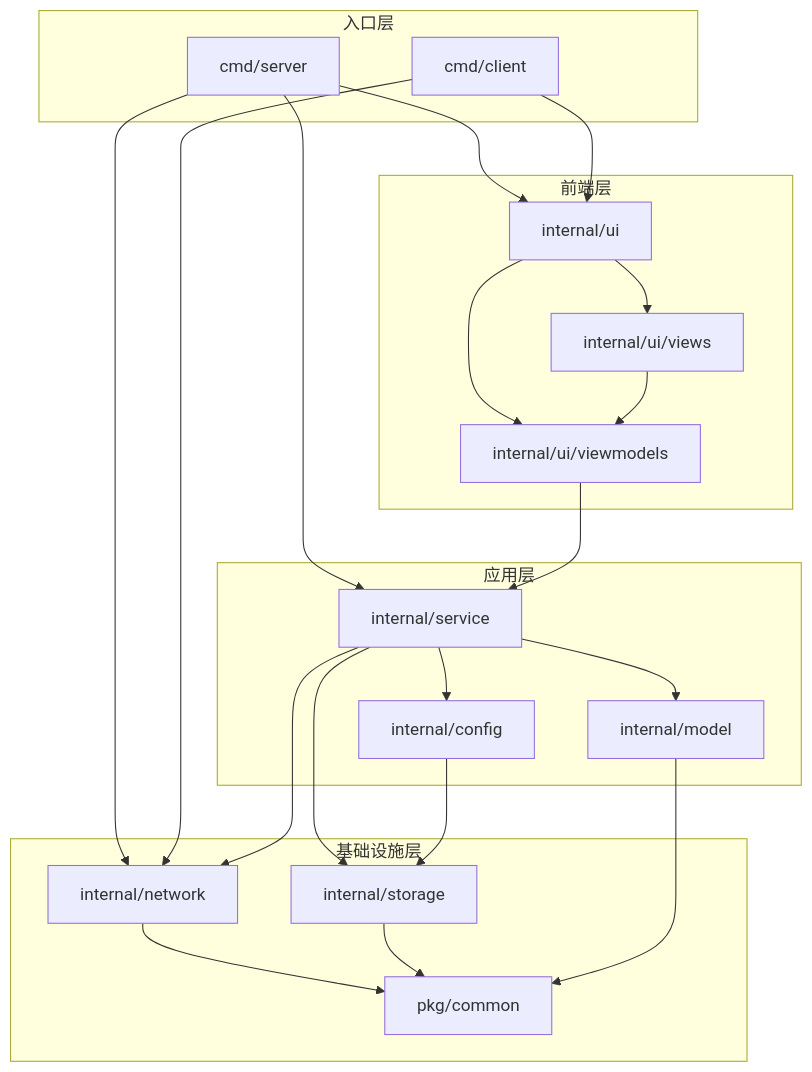
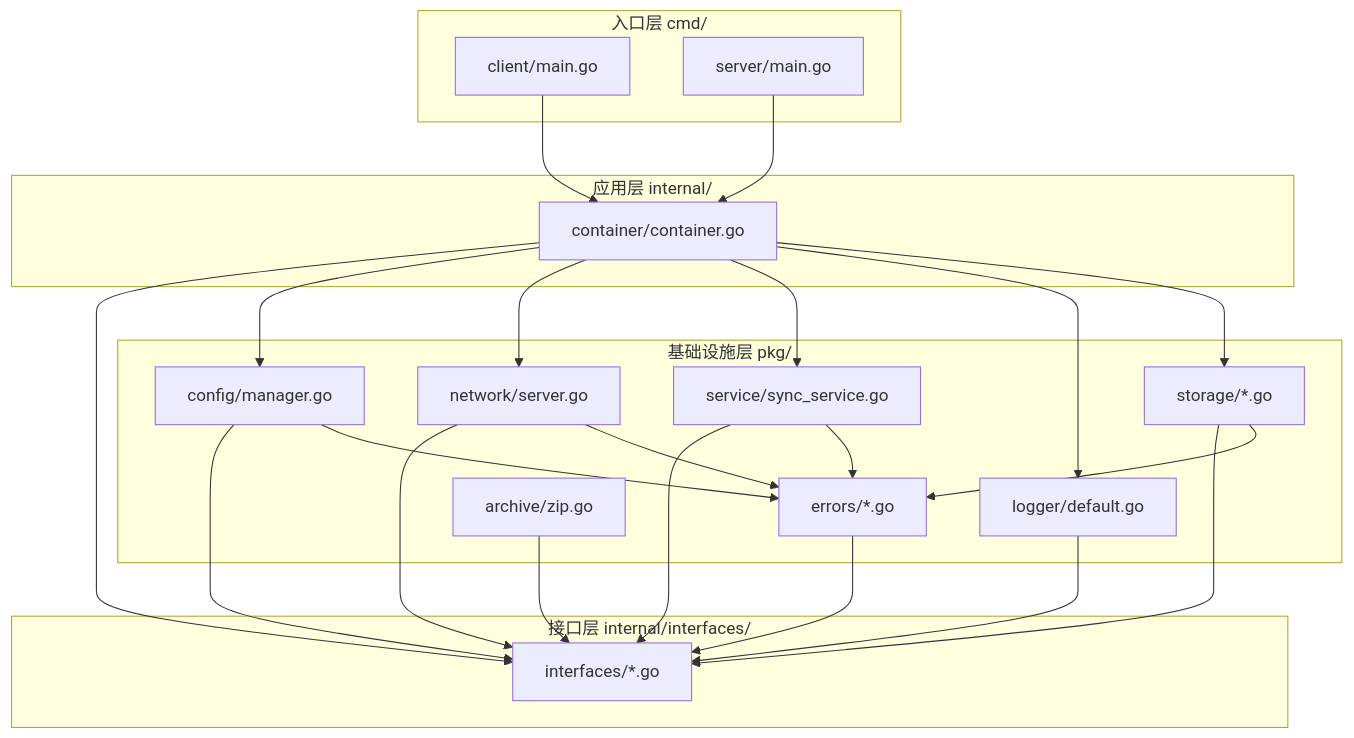
The diagram in CODEBASE.md (KlN-4096/synctools), drawn with Mermaid before and after one commit. The commit also changed other lines of this file and 35 other files, not shown here.

````diff
--- a/CODEBASE.md
+++ b/CODEBASE.md
@@ -186,43 +112,52 @@
 ```mermaid
 graph TB
-    subgraph 前端层
-        UI[internal/ui]
-        Views[internal/ui/views]
-        ViewModels[internal/ui/viewmodels]
-        UI --> Views
-        UI --> ViewModels
-        Views --> ViewModels
+    subgraph 入口层[入口层 cmd/]
+        Client[client/main.go]
+        Server[server/main.go]
     end
 
-    subgraph 应用层
-        Service[internal/service]
-        Config[internal/config]
-        Model[internal/model]
-        Service --> Config
-        Service --> Model
+    subgraph 应用层[应用层 internal/]
+        Container[container/container.go]
     end
 
-    subgraph 基础设施层
-        Network[internal/network]
-        Storage[internal/storage]
-        Common[pkg/common]
-        Network --> Common
-        Storage --> Common
+    subgraph 接口层[接口层 internal/interfaces/]
+        Interfaces[interfaces/*.go]
     end
 
-    subgraph 入口层
-        Server[cmd/server]
-        Client[cmd/client]
-        Server --> Service
-        Server --> Network
-        Server --> UI
-        Client --> Network
-        Client --> UI
+    subgraph 基础设施层[基础设施层 pkg/]
+        Config[config/manager.go]
+        Network[network/server.go]
+        Service[service/sync_service.go]
+        Errors[errors/*.go]
+        Logger[logger/default.go]
+        Storage[storage/*.go]
+        Archive[archive/zip.go]
     end
 
-    ViewModels --> Service
-    Service --> Network
-    Service --> Storage
-    Config --> Storage
-    Model --> Common
+    %% 入口层依赖
+    Client --> Container
+    Server --> Container
+
+    %% 应用层依赖
+    Container --> Interfaces
+    Container --> Config
+    Container --> Network
+    Container --> Service
+    Container --> Logger
+    Container --> Storage
+
+    %% 基础设施层依赖
+    Config --> Interfaces
+    Network --> Interfaces
+    Service --> Interfaces
+    Logger --> Interfaces
+    Storage --> Interfaces
+    Archive --> Interfaces
+    Errors --> Interfaces
+
+    %% 错误处理依赖
+    Config --> Errors
+    Network --> Errors
+    Service --> Errors
+    Storage --> Errors
 ```
````
